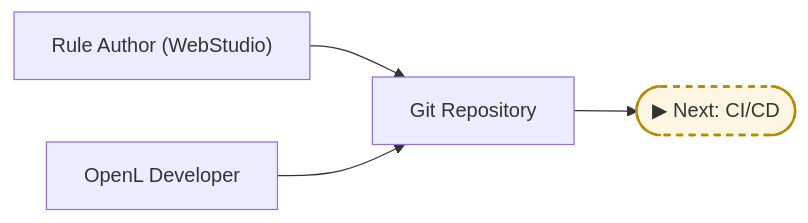
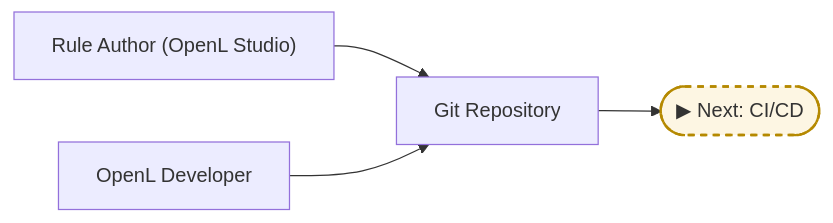
Before and after one commit to openl-tablets/openl-tablets: the first of 5 diagrams in Docs/Production_Deployment.md, drawn with Mermaid. The commit also changed other lines of this file and 14 other files, not shown here.

````diff
--- a/Docs/Production_Deployment.md
+++ b/Docs/Production_Deployment.md
@@ -36,8 +36,8 @@
 ```mermaid
 graph LR
     classDef handoff fill:#fdf6e3,stroke:#b58900,stroke-width:2px,stroke-dasharray: 5;
-    A1["Rule Author (WebStudio)"] --> B["Git Repository"]
+    A1["Rule Author (OpenL Studio)"] --> B["Git Repository"]
     A2["OpenL Developer"] --> B
     B --> OUT1(["▶ Next: CI/CD"])
     class OUT1 handoff;
 ```
````
